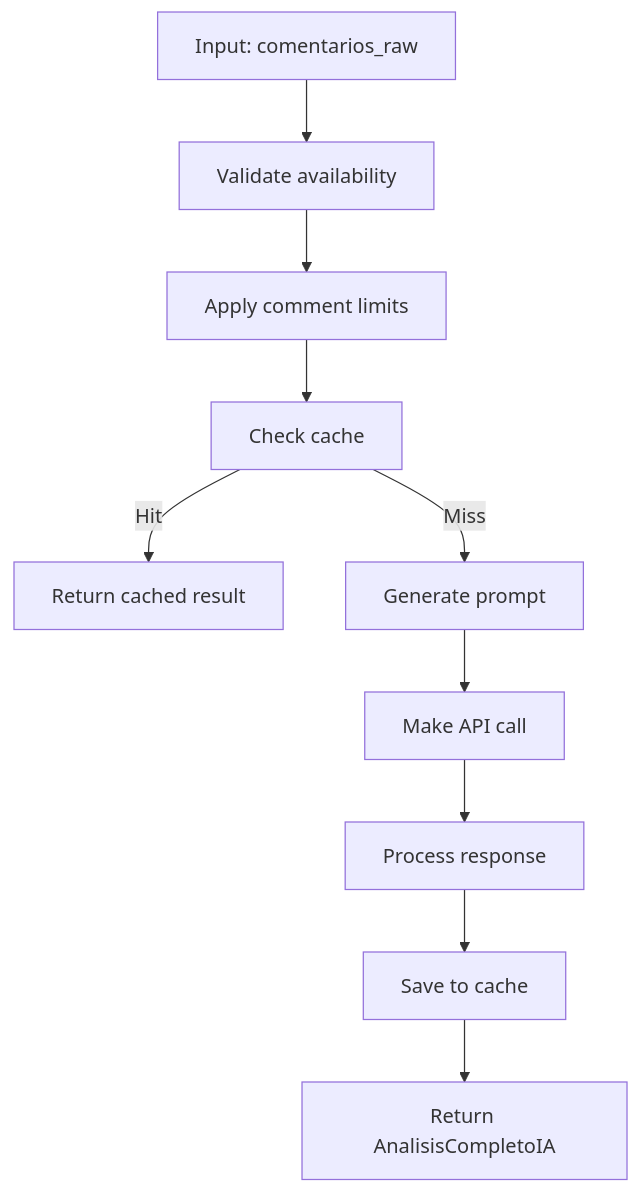
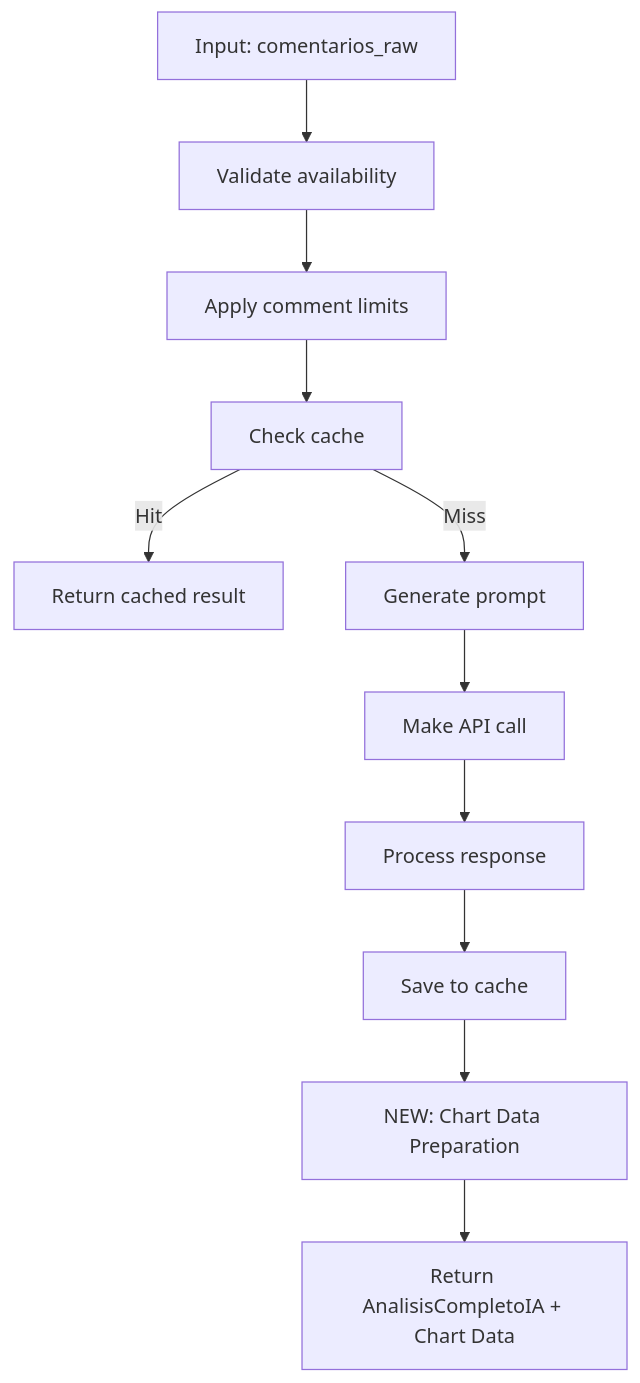
Before and after one commit to Ai-Whisperers/Comment-Analizer: the second of 7 diagrams in docs/arquitectura/subgraphs/infrastructure/AI_Engine_Subgraph.md, drawn with Mermaid. The commit also changed other lines of this file and 5 other files, not shown here.

First line of the commit message:
🔧 FIX: Align pipeline implementation with documented graph architecture

````diff
--- a/docs/arquitectura/subgraphs/infrastructure/AI_Engine_Subgraph.md
+++ b/docs/arquitectura/subgraphs/infrastructure/AI_Engine_Subgraph.md
@@ -75,12 +75,13 @@
 ```mermaid
 graph TD
     START[Input: comentarios_raw] --> VALIDATE[Validate availability]
     VALIDATE --> LIMIT[Apply comment limits]
     LIMIT --> CACHE_CHECK[Check cache]
     CACHE_CHECK -->|Hit| RETURN_CACHED[Return cached result]
     CACHE_CHECK -->|Miss| PROMPT[Generate prompt]
     PROMPT --> API[Make API call]
     API --> PROCESS[Process response]
     PROCESS --> CACHE_SAVE[Save to cache]
-    CACHE_SAVE --> RETURN[Return AnalisisCompletoIA]
+    CACHE_SAVE --> VISUALIZATION[NEW: Chart Data Preparation]
+    VISUALIZATION --> RETURN[Return AnalisisCompletoIA + Chart Data]
 ```
````
